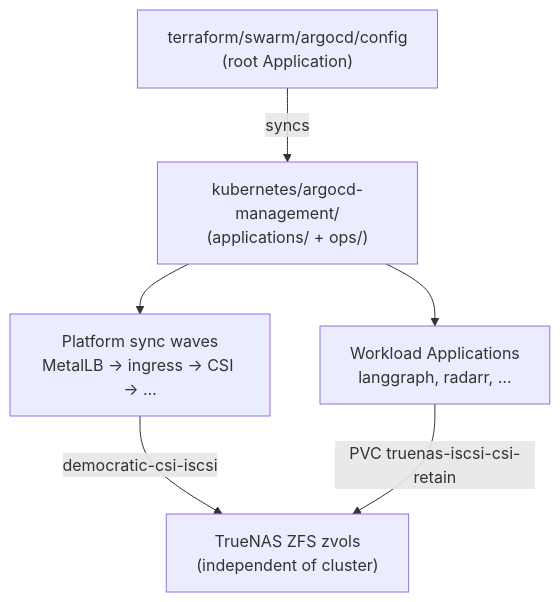
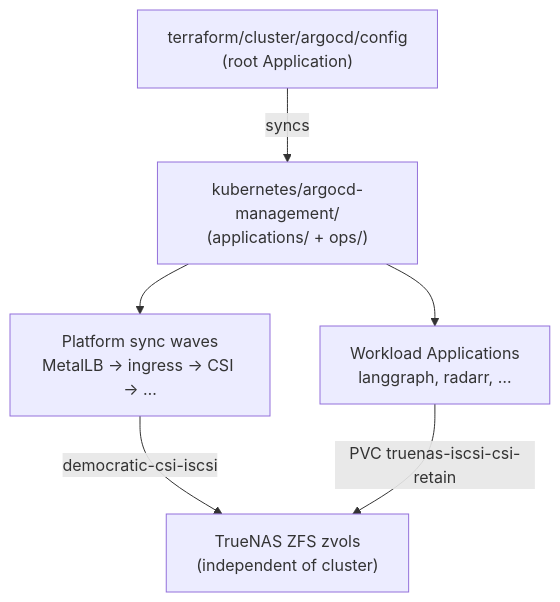
Before and after one commit to nodadyoushutup/homelab: the diagram in docs/architecture/argocd/README.md, drawn with Mermaid. The commit also changed 105 other files, not shown here.

````diff
--- a/docs/architecture/argocd/README.md
+++ b/docs/architecture/argocd/README.md
@@ -19,14 +19,14 @@
 ```mermaid
 flowchart TB
-  tf["terraform/swarm/argocd/config\n(root Application)"]
+  tf["terraform/cluster/argocd/config\n(root Application)"]
   mgmt["kubernetes/argocd-management/\n(applications/ + ops/)"]
   plat["Platform sync waves\nMetalLB → ingress → CSI → …"]
   apps["Workload Applications\nlanggraph, radarr, …"]
   tn["TrueNAS ZFS zvols\n(independent of cluster)"]
 
   tf -->|syncs| mgmt
   mgmt --> plat
   mgmt --> apps
   plat -->|democratic-csi-iscsi| tn
   apps -->|PVC truenas-iscsi-csi-retain| tn
 ```
````
